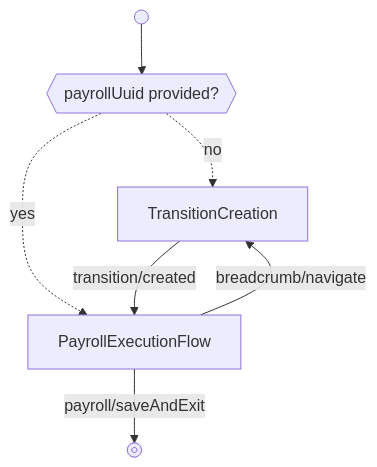
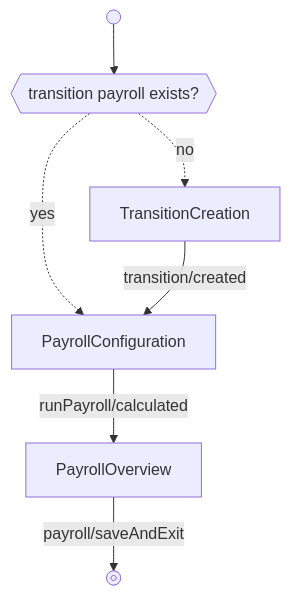
The diagram in src/components/Payroll/Transition/GUIDE.md (Gusto/embedded-react-sdk), drawn with Mermaid before and after one commit. The commit also changed other lines of this file and 16 other files, not shown here.

````diff
--- a/src/components/Payroll/Transition/GUIDE.md
+++ b/src/components/Payroll/Transition/GUIDE.md
@@ -9,11 +9,12 @@
 ```mermaid
 flowchart
-  start@{ shape: sm-circ } --> hasPayroll{{"payrollUuid provided?"}}
-  hasPayroll -.->|"no"| CreateTransitionPayroll["TransitionCreation"]
-  hasPayroll -.->|"yes"| Execution["PayrollExecutionFlow"]
-  CreateTransitionPayroll -->|"transition/created"| Execution
-  Execution -->|"breadcrumb/navigate"| CreateTransitionPayroll
-  Execution -->|"payroll/saveAndExit"| done@{ shape: fr-circ, label: " " }
-  class hasPayroll branch
-  class Execution flow
+  start@{ shape: sm-circ } --> resolve{{"transition payroll exists?"}}
+  resolve -.->|"no"| CreateTransitionPayroll["TransitionCreation"]
+  resolve -.->|"yes"| Configuration["PayrollConfiguration"]
+  CreateTransitionPayroll -->|"transition/created"| Configuration
+  Configuration -->|"runPayroll/calculated"| Overview["PayrollOverview"]
+  Overview -->|"payroll/saveAndExit"| done@{ shape: fr-circ, label: " " }
+  class resolve branch
+  class Configuration flow
+  class Overview flow
 ```
````
